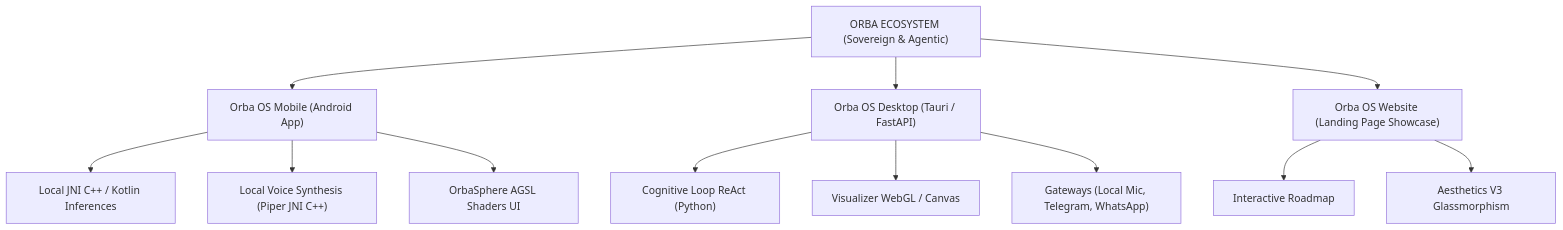
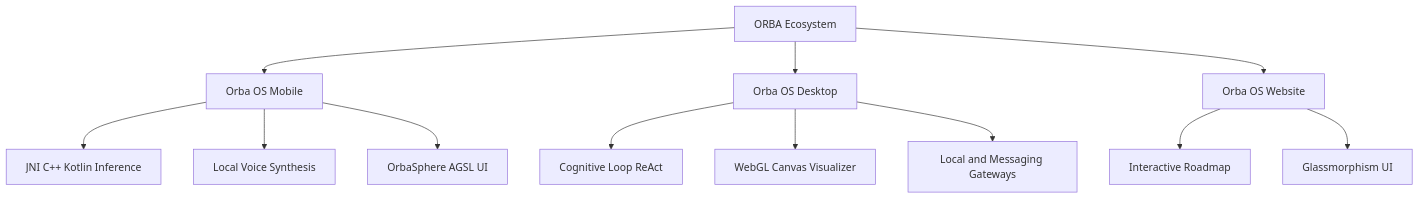
One commit to AlexKoncept/ORBA_OS changed the first of 2 diagrams in README.md. Above: the diagram before and after it, drawn with Mermaid.

````diff
--- a/README.md
+++ b/README.md
@@ -47,17 +47,18 @@
 ```mermaid
 graph TD
-    A["ORBA ECOSYSTEM (Sovereign & Agentic)"] --> B["Orba OS Mobile (Android App)"]
-    A --> C["Orba OS Desktop (Tauri / FastAPI)"]
-    A --> D["Orba OS Website (Landing Page Showcase)"]
 
-    B --> B1["Local JNI C++ / Kotlin Inferences"]
-    B --> B2["Local Voice Synthesis (Piper JNI C++)"]
-    B --> B3["OrbaSphere AGSL Shaders UI"]
+    A["ORBA Ecosystem"] --> B["Orba OS Mobile"]
+    A --> C["Orba OS Desktop"]
+    A --> D["Orba OS Website"]
 
-    C --> C1["Cognitive Loop ReAct (Python)"]
-    C --> C2["Visualizer WebGL / Canvas"]
-    C --> C3["Gateways (Local Mic, Telegram, WhatsApp)"]
+    B --> B1["JNI C++ Kotlin Inference"]
+    B --> B2["Local Voice Synthesis"]
+    B --> B3["OrbaSphere AGSL UI"]
+
+    C --> C1["Cognitive Loop ReAct"]
+    C --> C2["WebGL Canvas Visualizer"]
+    C --> C3["Local and Messaging Gateways"]
 
     D --> D1["Interactive Roadmap"]
-    D --> D2["Aesthetics V3 Glassmorphism"]
+    D --> D2["Glassmorphism UI"]
 ```
````
